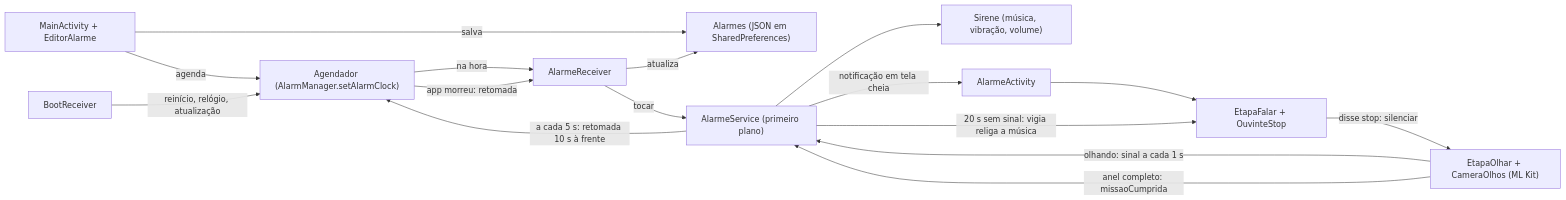
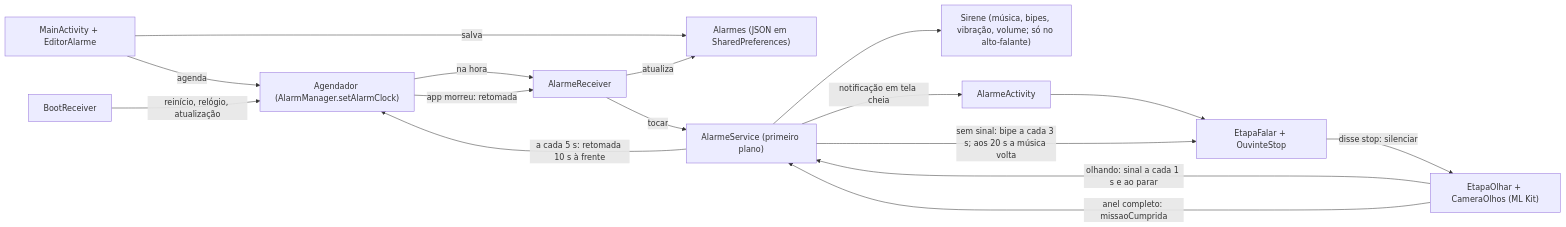
One commit to luiz-nast/alarme-implacavel changed the diagram in README.md. Above: the diagram before and after it, drawn with Mermaid. The commit also changed other lines of this file and 15 other files, not shown here.

First line of the commit message:
Câmera por 20 min, com aviso e bipes ao parar de olhar; som só no celular

````diff
--- a/README.md
+++ b/README.md
@@ -56,18 +57,18 @@
 ```mermaid
 flowchart LR
     UI["MainActivity + EditorAlarme"] -->|salva| Repo["Alarmes (JSON em SharedPreferences)"]
     UI -->|agenda| Ag["Agendador (AlarmManager.setAlarmClock)"]
     Ag -->|na hora| Rec["AlarmeReceiver"]
     Rec -->|atualiza| Repo
     Rec -->|tocar| Svc["AlarmeService (primeiro plano)"]
-    Svc --> Sir["Sirene (música, vibração, volume)"]
+    Svc --> Sir["Sirene (música, bipes, vibração, volume; só no alto-falante)"]
     Svc -->|notificação em tela cheia| Tela["AlarmeActivity"]
     Tela --> Falar["EtapaFalar + OuvinteStop"]
     Falar -->|disse stop: silenciar| Olhar["EtapaOlhar + CameraOlhos (ML Kit)"]
-    Olhar -->|olhando: sinal a cada 1 s| Svc
+    Olhar -->|olhando: sinal a cada 1 s e ao parar| Svc
     Olhar -->|anel completo: missaoCumprida| Svc
-    Svc -->|20 s sem sinal: vigia religa a música| Falar
+    Svc -->|sem sinal: bipe a cada 3 s; aos 20 s a música volta| Falar
     Svc -->|a cada 5 s: retomada 10 s à frente| Ag
     Ag -->|app morreu: retomada| Rec
     Boot["BootReceiver"] -->|reinício, relógio, atualização| Ag
 ```
````
